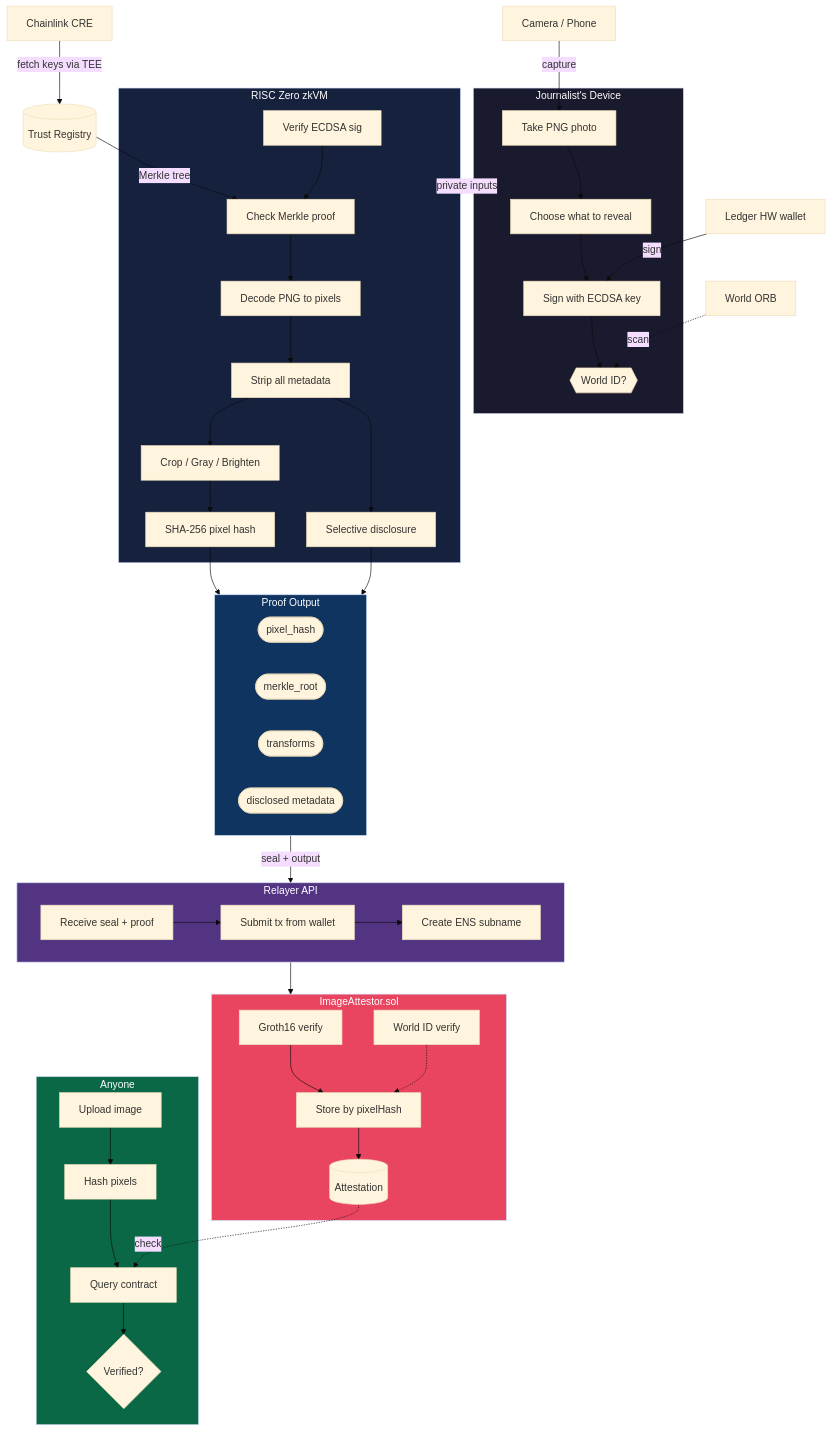
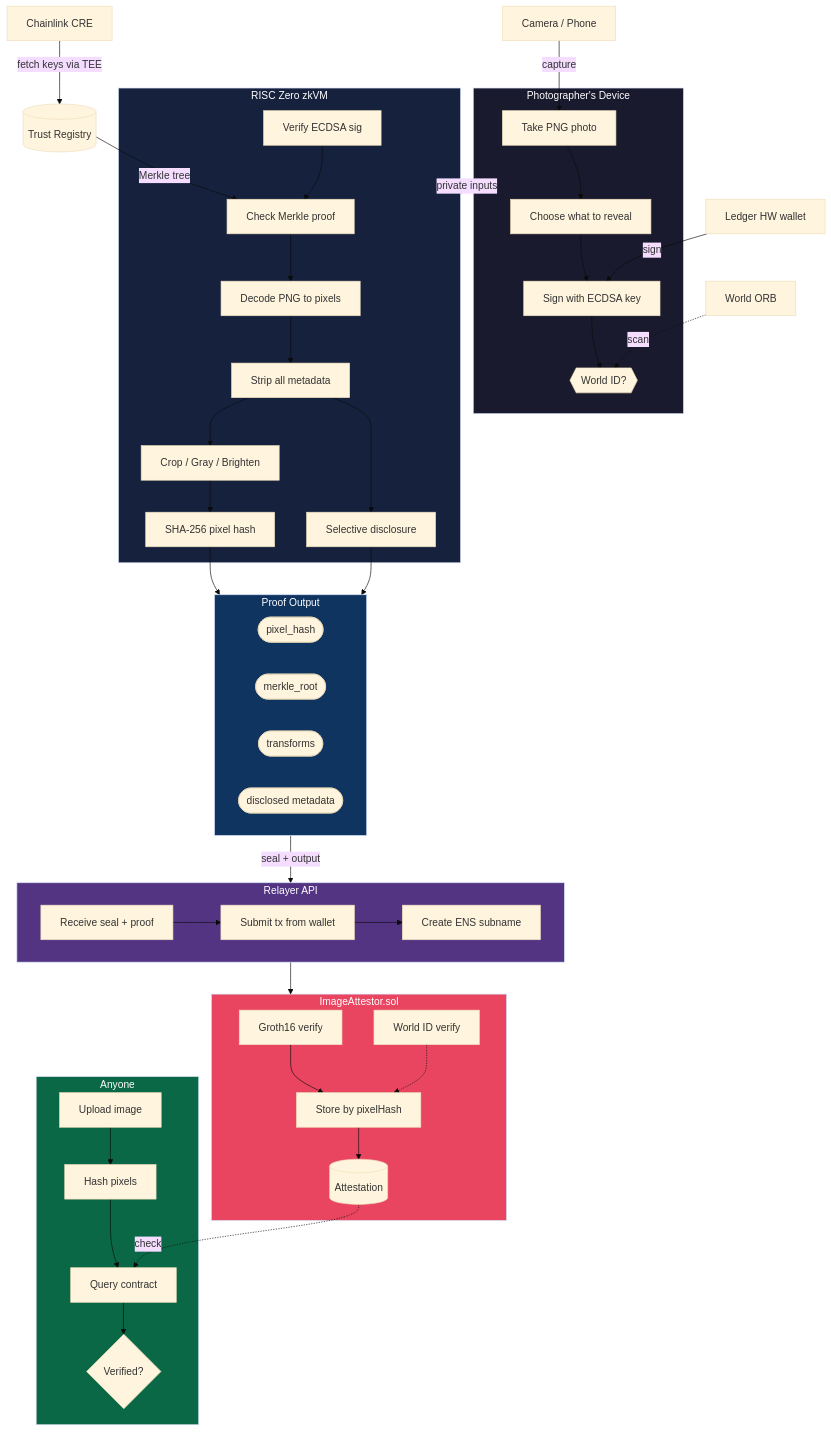
The diagram in README.md (pycckuu/proof-frame), drawn with Mermaid (base theme) before and after one commit. The commit also changed other lines of this file and 26 other files, not shown here.

````diff
--- a/README.md
+++ b/README.md
@@ -39,82 +39,82 @@
 ```mermaid
 flowchart TD
     CAM["Camera / Phone"]
     LED["Ledger HW wallet"]
     ORB["World ORB"]
     CRE["Chainlink CRE"]
     TR[("Trust Registry")]
 
     CRE -- "fetch keys via TEE" --> TR
 
-    subgraph DEVICE [" Journalist's Device "]
+    subgraph DEVICE [" Photographer's Device "]
         A1["Take PNG photo"]
         A2["Choose what to reveal"]
         A3["Sign with ECDSA key"]
         A4{{"World ID?"}}
         A1 --> A2 --> A3 --> A4
     end
 
     CAM -- "capture" --> A1
     LED -- "sign" --> A3
     ORB -. "scan" .-> A4
     TR -- "Merkle tree" --> B2
 
     subgraph ZK [" RISC Zero zkVM "]
         B1["Verify ECDSA sig"]
         B2["Check Merkle proof"]
         B3["Decode PNG to pixels"]
         B4["Strip all metadata"]
         B5["Crop / Gray / Brighten"]
         B6["SHA-256 pixel hash"]
         B7["Selective disclosure"]
         B1 --> B2 --> B3
         B3 --> B4 --> B5 --> B6
         B4 --> B7
     end
 
     subgraph OUT [" Proof Output "]
         C1([pixel_hash])
         C2([merkle_root])
         C3([transforms])
         C4([disclosed metadata])
     end
 
     subgraph RELAY [" Relayer API "]
         D1["Receive seal + proof"]
         D2["Submit tx from wallet"]
         D3["Create ENS subname"]
         D1 --> D2 --> D3
     end
 
     subgraph CHAIN [" ImageAttestor.sol "]
         E1["Groth16 verify"]
         E2["World ID verify"]
         E3["Store by pixelHash"]
         E4[("Attestation")]
         E1 --> E3
         E2 -.-> E3
         E3 --> E4
     end
 
     subgraph VERIFY [" Anyone "]
         F1["Upload image"]
         F2["Hash pixels"]
         F3["Query contract"]
         F4{"Verified?"}
         F1 --> F2 --> F3 --> F4
     end
 
     DEVICE -- "private inputs" --> ZK
     B6 --> OUT
     B7 --> OUT
     OUT -- "seal + output" --> RELAY
     RELAY --> CHAIN
     E4 -. "check" .-> F3
 
     style DEVICE fill:#1a1a2e,color:#fff
     style ZK fill:#16213e,color:#fff
     style OUT fill:#0f3460,color:#fff
     style RELAY fill:#533483,color:#fff
     style CHAIN fill:#e94560,color:#fff
     style VERIFY fill:#0a6847,color:#fff
 ```
````
